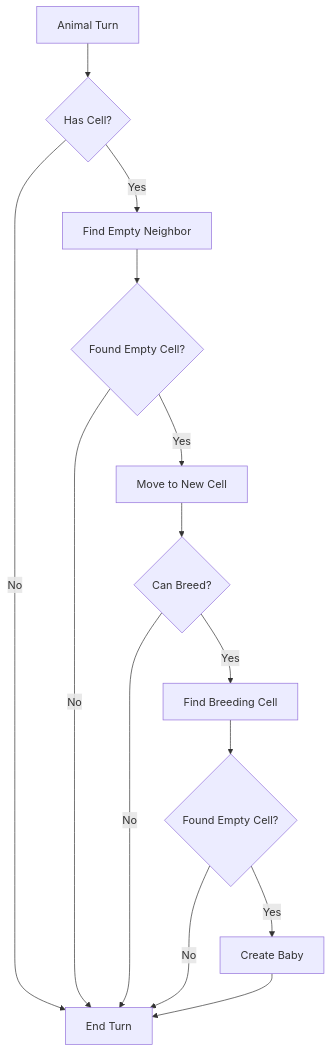
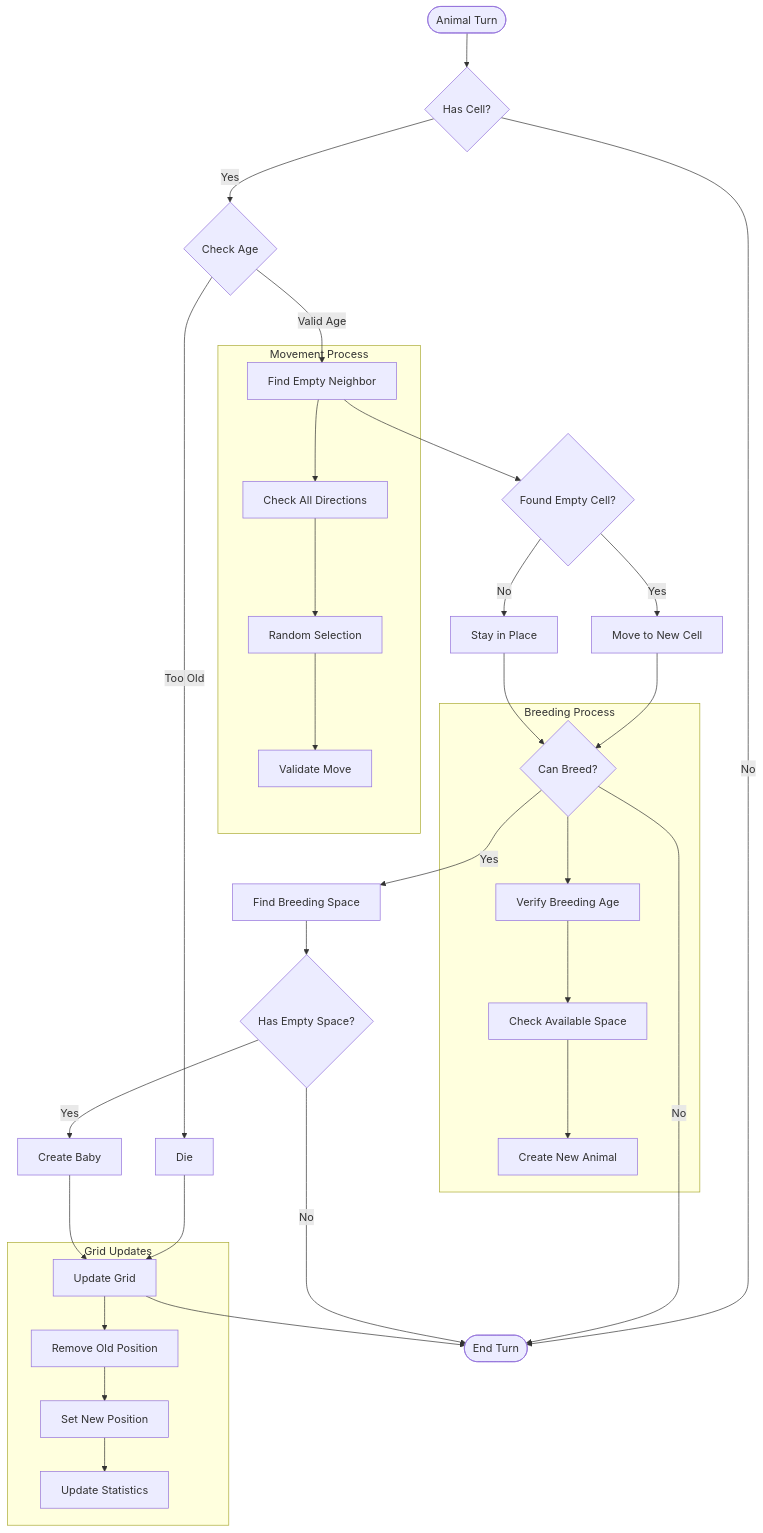
One commit to MorfidisJ/FoxesVSRabbits-Java changed the fourth of 4 diagrams in README.md. Above: the diagram before and after it, drawn with Mermaid. The commit also changed other lines of this file, not shown here.

````diff
--- a/README.md
+++ b/README.md
@@ -95,16 +209,51 @@
 ```mermaid
 flowchart TD
-    A[Animal Turn] --> B{Has Cell?}
-    B -->|No| C[End Turn]
-    B -->|Yes| D[Find Empty Neighbor]
-    D --> E{Found Empty Cell?}
-    E -->|No| C
-    E -->|Yes| F[Move to New Cell]
-    F --> G{Can Breed?}
-    G -->|No| C
-    G -->|Yes| H[Find Breeding Cell]
-    H --> I{Found Empty Cell?}
-    I -->|No| C
-    I -->|Yes| J[Create Baby]
-    J --> C
+    %% Animal Turn Start
+    Start([Animal Turn]) --> HasCell{Has Cell?}
+    
+    %% Movement Logic
+    HasCell -->|No| EndTurn([End Turn])
+    HasCell -->|Yes| CheckAge{Check Age}
+    CheckAge -->|Too Old| Die[Die]
+    CheckAge -->|Valid Age| FindNeighbor[Find Empty Neighbor]
+    
+    %% Movement Decision
+    FindNeighbor --> FoundCell{Found Empty Cell?}
+    FoundCell -->|No| Stay[Stay in Place]
+    FoundCell -->|Yes| Move[Move to New Cell]
+    
+    %% Breeding Logic
+    Move --> CheckBreed{Can Breed?}
+    CheckBreed -->|No| EndTurn
+    CheckBreed -->|Yes| FindBreedSpace[Find Breeding Space]
+    
+    %% Breeding Decision
+    FindBreedSpace --> HasSpace{Has Empty Space?}
+    HasSpace -->|No| EndTurn
+    HasSpace -->|Yes| CreateBaby[Create Baby]
+    
+    %% Final States
+    Die --> UpdateGrid[Update Grid]
+    Stay --> CheckBreed
+    CreateBaby --> UpdateGrid
+    UpdateGrid --> EndTurn
+    
+    %% Subprocesses
+    subgraph "Movement Process"
+        FindNeighbor --> CheckAll[Check All Directions]
+        CheckAll --> RandomSelect[Random Selection]
+        RandomSelect --> Validate[Validate Move]
+    end
+    
+    subgraph "Breeding Process"
+        CheckBreed --> VerifyAge[Verify Breeding Age]
+        VerifyAge --> CheckSpace[Check Available Space]
+        CheckSpace --> CreateNew[Create New Animal]
+    end
+    
+    subgraph "Grid Updates"
+        UpdateGrid --> RemoveOld[Remove Old Position]
+        RemoveOld --> SetNew[Set New Position]
+        SetNew --> UpdateStats[Update Statistics]
+    end
 ```
````
